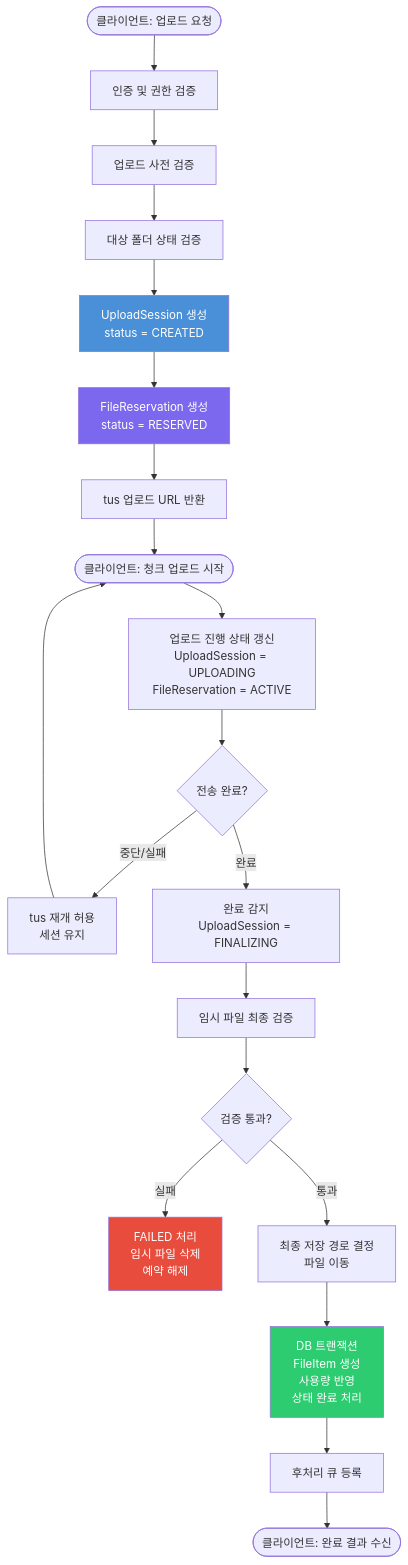
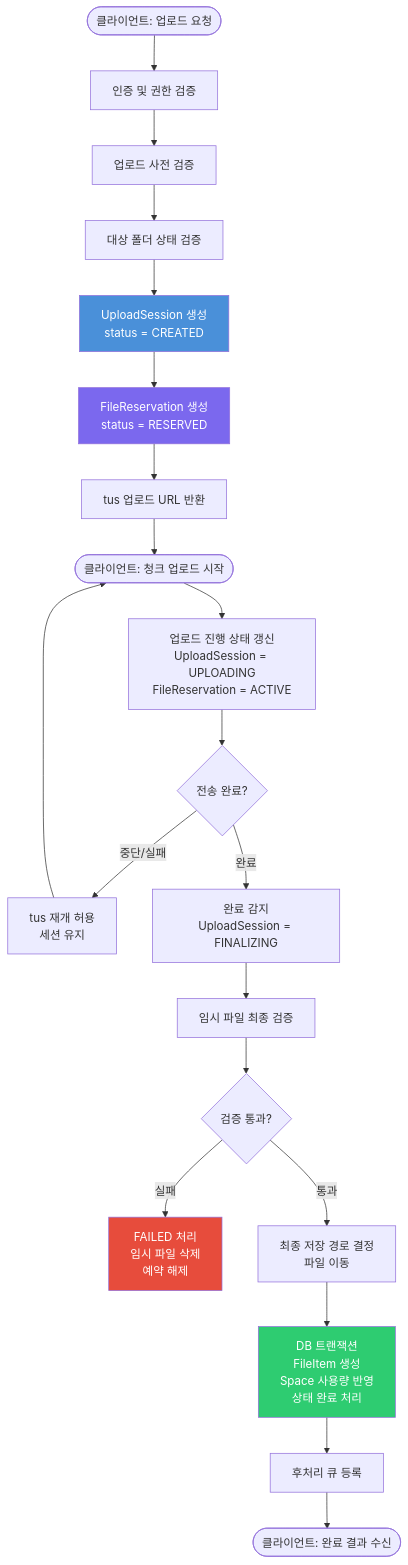
The second of 17 diagrams in docs/설계/pipeline/업로드 파이프라인.md (Cloud-Sharp/docs), drawn with Mermaid before and after one commit. The commit also changed other lines of this file and 5 other files, not shown here.

````diff
--- a/docs/설계/pipeline/업로드 파이프라인.md
+++ b/docs/설계/pipeline/업로드 파이프라인.md
@@ -68,27 +75,27 @@
 ```mermaid
 flowchart TD
     A([클라이언트: 업로드 요청]) --> B[인증 및 권한 검증]
     B --> C[업로드 사전 검증]
     C --> D[대상 폴더 상태 검증]
     D --> E["UploadSession 생성<br/>status = CREATED"]
     E --> F["FileReservation 생성<br/>status = RESERVED"]
     F --> G[tus 업로드 URL 반환]
     G --> H([클라이언트: 청크 업로드 시작])
     H --> I["업로드 진행 상태 갱신<br/>UploadSession = UPLOADING<br/>FileReservation = ACTIVE"]
     I --> J{전송 완료?}
     J -- 중단/실패 --> K[tus 재개 허용<br/>세션 유지]
     K --> H
     J -- 완료 --> L["완료 감지<br/>UploadSession = FINALIZING"]
     L --> M[임시 파일 최종 검증]
     M --> N{검증 통과?}
     N -- 실패 --> O[FAILED 처리<br/>임시 파일 삭제<br/>예약 해제]
     N -- 통과 --> P[최종 저장 경로 결정<br/>파일 이동]
-    P --> Q["DB 트랜잭션<br/>FileItem 생성<br/>사용량 반영<br/>상태 완료 처리"]
+    P --> Q["DB 트랜잭션<br/>FileItem 생성<br/>Space 사용량 반영<br/>상태 완료 처리"]
     Q --> R[후처리 큐 등록]
     R --> S([클라이언트: 완료 결과 수신])
 
     style E fill:#4a90d9,color:#fff
     style F fill:#7b68ee,color:#fff
     style Q fill:#2ecc71,color:#fff
     style O fill:#e74c3c,color:#fff
 ```
````
